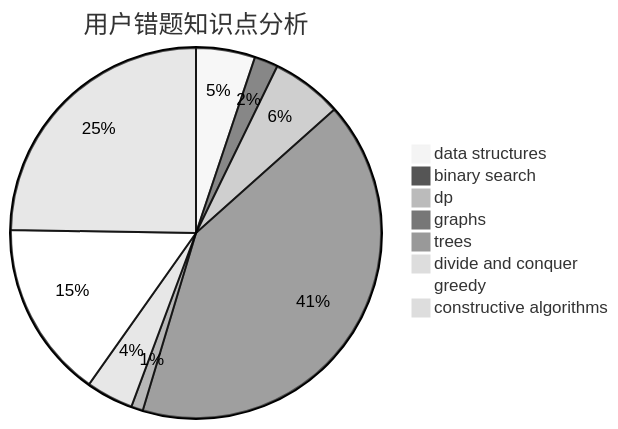
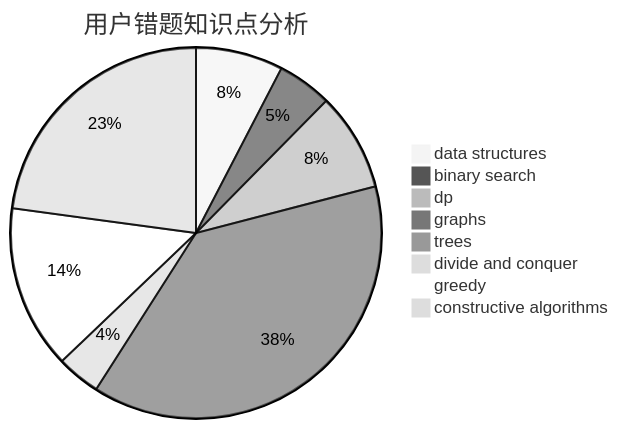
The third of 3 diagrams in docs/user/u1325.md (sherpahu/cfrs.github.io), drawn with Mermaid (neutral theme) before and after one commit. The commit also changed other lines of this file and 2770 other files, not shown here.

````diff
--- a/docs/user/u1325.md
+++ b/docs/user/u1325.md
@@ -36,11 +36,11 @@
 ```mermaid
 pie title 用户错题知识点分析
-    "data structures" :  5
-    "binary search" :  2
-    "dp" :  6
+    "data structures" :  8
+    "binary search" :  5
+    "dp" :  9
     "graphs" :  40
     "trees" :  1
     "divide and conquer" :  4
     "greedy" :  15
     "constructive algorithms" :  24
 ```
````
